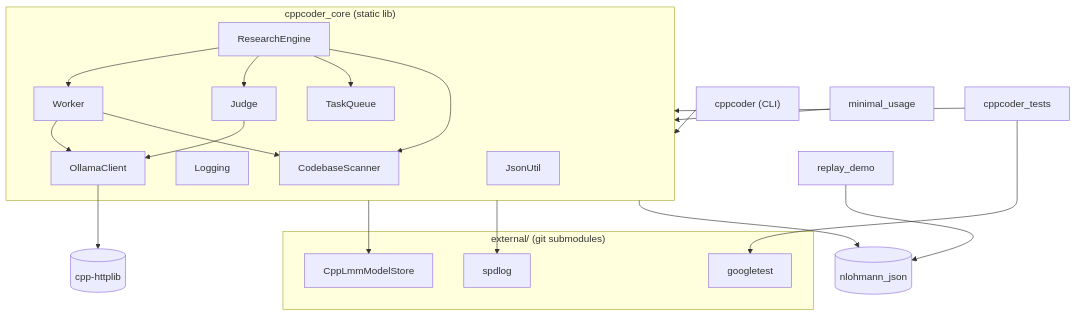
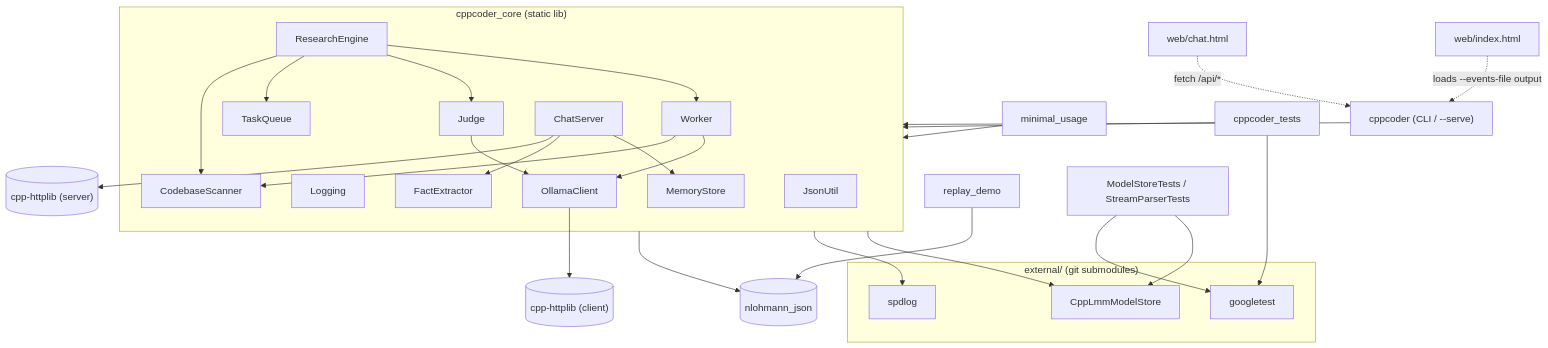
One commit to cschladetsch/CppCoder changed the fifth of 6 diagrams in README.md. Above: the diagram before and after it, drawn with Mermaid. The commit also changed other lines of this file and 19 other files, not shown here.

Commit message:
Add model-dchanger and interactive chat.

````diff
--- a/README.md
+++ b/README.md
@@ -132,37 +144,48 @@
 ```mermaid
 flowchart TD
     subgraph ext["external/ (git submodules)"]
         ModelStore["CppLmmModelStore"]
         Spdlog["spdlog"]
         GTest["googletest"]
     end
 
     subgraph core["cppcoder_core (static lib)"]
         JsonUtil
         Logging
         OllamaClient
         CodebaseScanner
         Worker
         Judge
         TaskQueue
         ResearchEngine
+        ChatServer
+        MemoryStore
+        FactExtractor
     end
 
     Worker --> OllamaClient
     Worker --> CodebaseScanner
     Judge --> OllamaClient
     ResearchEngine --> Worker
     ResearchEngine --> Judge
     ResearchEngine --> TaskQueue
     ResearchEngine --> CodebaseScanner
+    ChatServer --> MemoryStore
+    ChatServer --> FactExtractor
+    ChatServer --> HTTPLIB[("cpp-httplib (server)")]
     core --> ModelStore
     core --> Spdlog
     core --> NJ[("nlohmann_json")]
-    OllamaClient --> HTTPLIB[("cpp-httplib")]
+    OllamaClient --> HTTPLIB2[("cpp-httplib (client)")]
 
-    CLI["cppcoder (CLI)"] --> core
+    CLI["cppcoder (CLI / --serve)"] --> core
     ReplayDemo["replay_demo"] --> NJ
     MinimalUsage["minimal_usage"] --> core
     Tests["cppcoder_tests"] --> core
     Tests --> GTest
+    ModelStoreTests["ModelStoreTests / StreamParserTests"] --> ModelStore
+    ModelStoreTests --> GTest
+
+    ChatHtml["web/chat.html"] -.->|"fetch /api/*"| CLI
+    IndexHtml["web/index.html"] -.->|"loads --events-file output"| CLI
 ```
````
